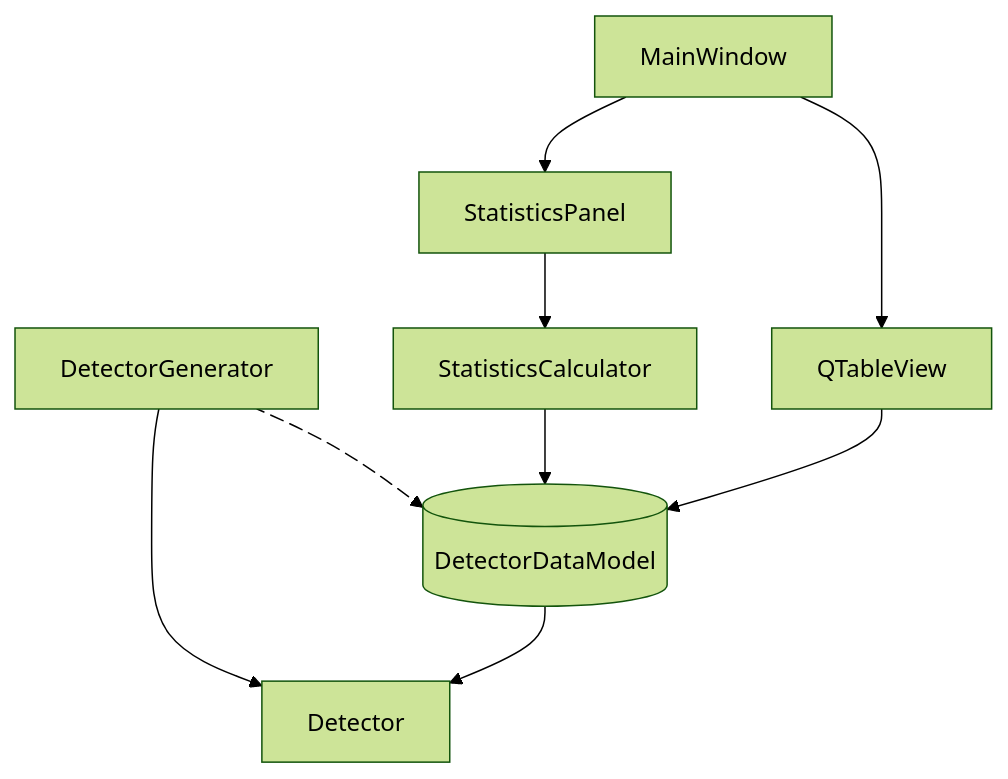
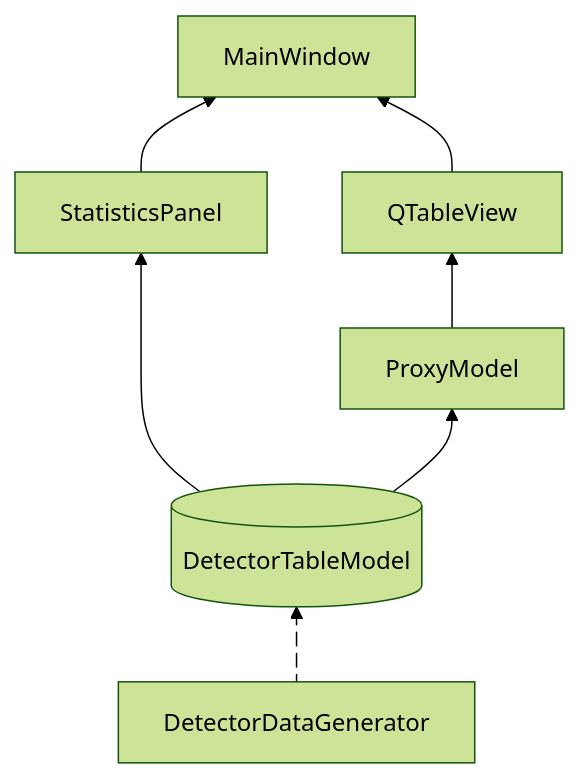
The second of 2 diagrams in README.md (Mob1le/qt-monitoring-sensors-system), drawn with Mermaid (forest theme) before and after one commit. The commit also changed other lines of this file and 7 other files, not shown here.

````diff
--- a/README.md
+++ b/README.md
@@ -117,25 +24,19 @@
 ```mermaid
-flowchart
+flowchart BT
     UI_MW[MainWindow]
     UI_Stats[StatisticsPanel]
     UI_Table[QTableView]
     
-    Core_Model[(DetectorDataModel)]
-    Core_Generator[DetectorGenerator]
-    Core_Stats[StatisticsCalculator]
-    Core_Detector[Detector]
+    Core_Model[(DetectorTableModel)]
+    Core_Generator[DetectorDataGenerator]
+    Service_Proxy[ProxyModel]
 
-    Core_Generator --> Core_Detector
-    UI_MW --> UI_Stats
-    UI_MW --> UI_Table
-    
+    UI_Stats --> UI_MW
+    Core_Model --> Service_Proxy
+    Service_Proxy --> UI_Table
+    UI_Table --> UI_MW
     Core_Generator e1@--> Core_Model
-    Core_Stats --> Core_Model
-
-    UI_Stats --> Core_Stats
-
-    UI_Table --> Core_Model
-    Core_Model --> Core_Detector
+    Core_Model --> UI_Stats
     
     e1@{ animation: fast }
 ```
````
